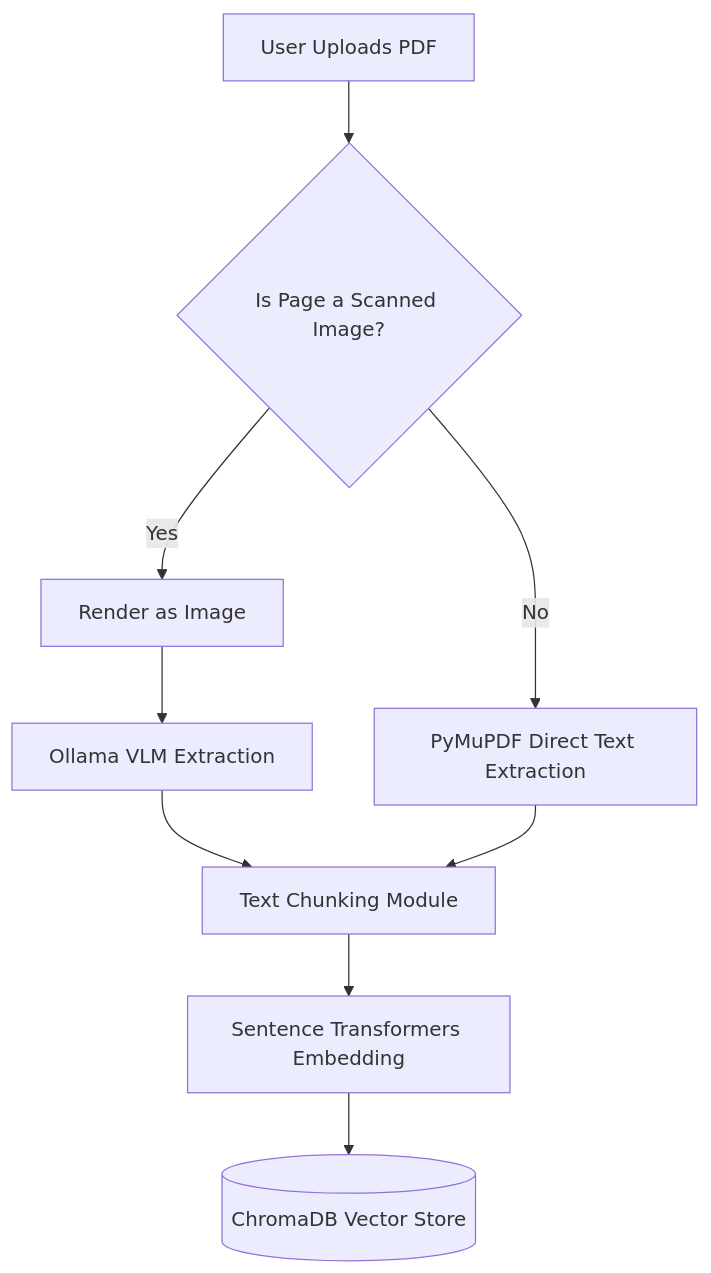
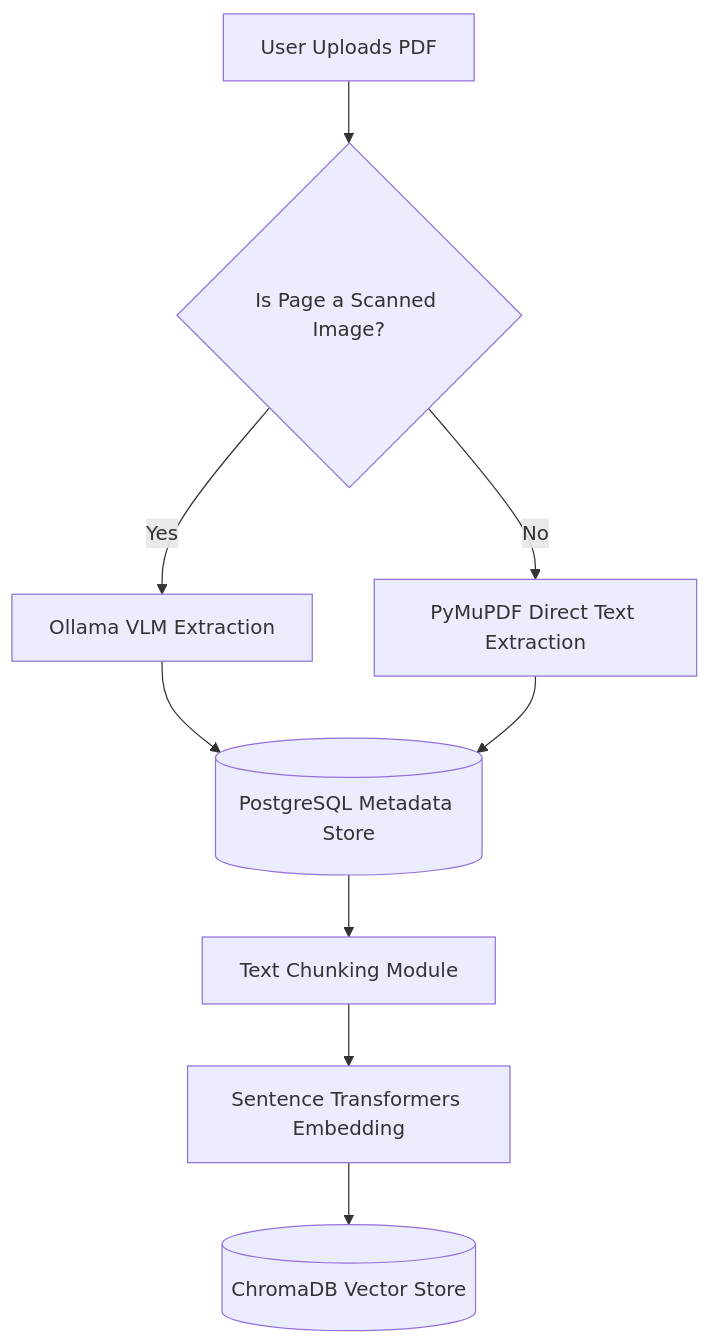
The first of 2 diagrams in README.md (devxilz/book_agent), drawn with Mermaid before and after one commit. The commit also changed other lines of this file, not shown here.

````diff
--- a/README.md
+++ b/README.md
@@ -46,11 +46,11 @@
 ```mermaid
 graph TD;
     A[User Uploads PDF] --> B{Is Page a Scanned Image?};
-    B -- Yes --> C[Render as Image];
-    C --> D[Ollama VLM Extraction];
-    B -- No --> E[PyMuPDF Direct Text Extraction];
-    D --> F[Text Chunking Module];
-    E --> F;
+    B -- Yes --> C[Ollama VLM Extraction];
+    B -- No --> D[PyMuPDF Direct Text Extraction];
+    C --> E[(PostgreSQL Metadata Store)];
+    D --> E;
+    E --> F[Text Chunking Module];
     F --> G[Sentence Transformers Embedding];
     G --> H[(ChromaDB Vector Store)];
 ```
````
